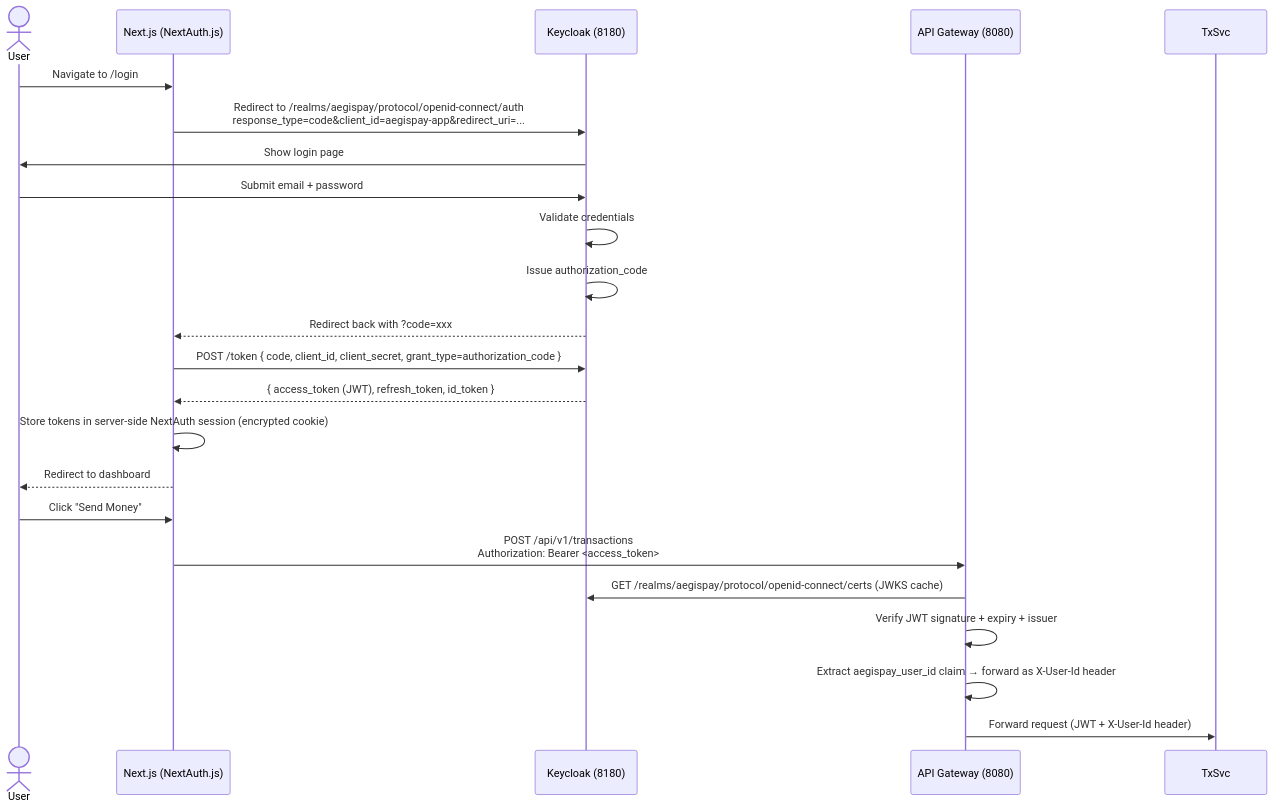
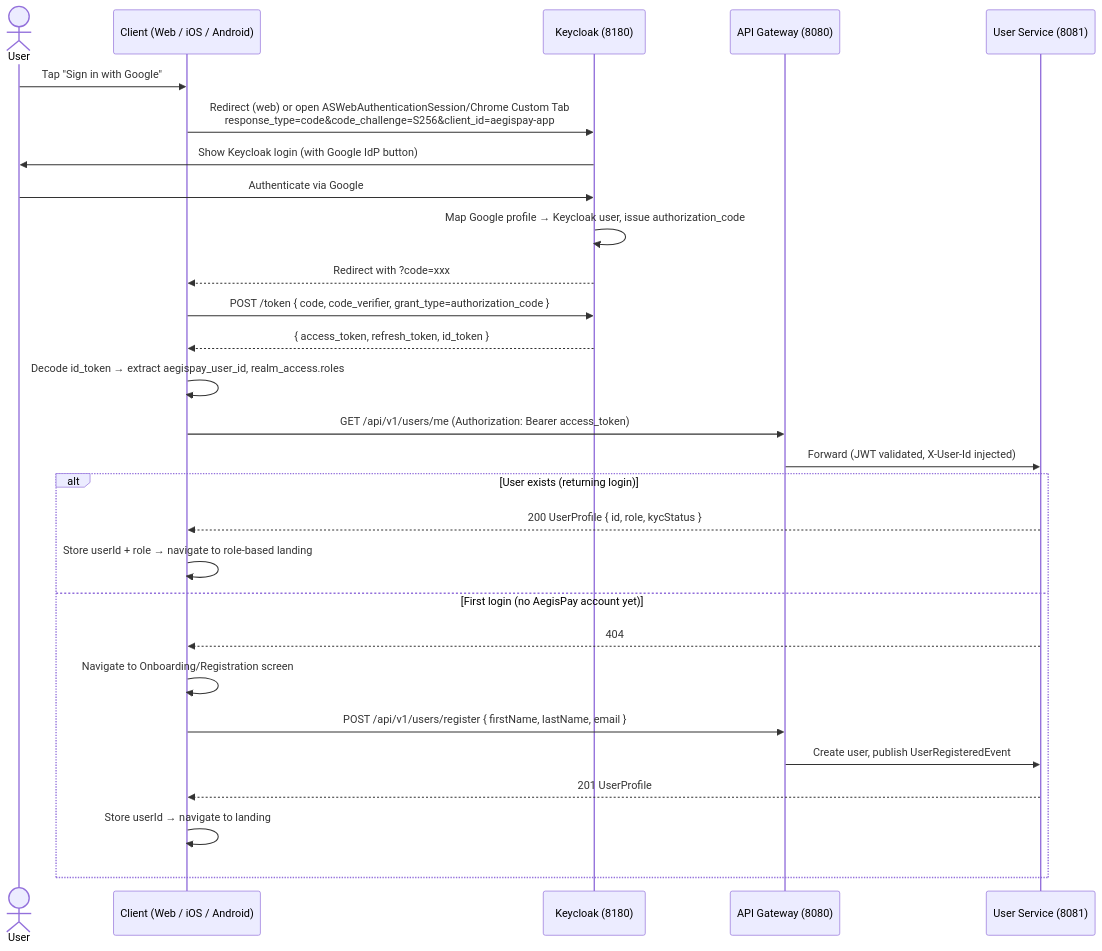
One commit to shreyasshelar/AegisPay changed the diagram in docs/flows/auth-flow.md. Above: the diagram before and after it, drawn with Mermaid. The commit also changed other lines of this file and 77 other files, not shown here.

Commit message:
fix(web): ui admin page issue resolved

````diff
--- a/docs/flows/auth-flow.md
+++ b/docs/flows/auth-flow.md
@@ -18,31 +20,34 @@
 ```mermaid
 sequenceDiagram
     actor User
-    participant Web as Next.js (NextAuth.js)
+    participant Client as Client (Web / iOS / Android)
     participant KC as Keycloak (8180)
     participant GW as API Gateway (8080)
+    participant US as User Service (8081)
 
-    User->>Web: Navigate to /login
-    Web->>KC: Redirect to /realms/aegispay/protocol/openid-connect/auth<br/>response_type=code&client_id=aegispay-app&redirect_uri=...
-    KC->>User: Show login page
-    User->>KC: Submit email + password
+    User->>Client: Tap "Sign in with Google"
+    Client->>KC: Redirect (web) or open ASWebAuthenticationSession/Chrome Custom Tab<br/>response_type=code&code_challenge=S256&client_id=aegispay-app
+    KC->>User: Show Keycloak login (with Google IdP button)
+    User->>KC: Authenticate via Google
+    KC->>KC: Map Google profile → Keycloak user, issue authorization_code
+    KC-->>Client: Redirect with ?code=xxx
 
-    KC->>KC: Validate credentials
-    KC->>KC: Issue authorization_code
+    Client->>KC: POST /token { code, code_verifier, grant_type=authorization_code }
+    KC-->>Client: { access_token, refresh_token, id_token }
 
-    KC-->>Web: Redirect back with ?code=xxx
-    Web->>KC: POST /token { code, client_id, client_secret, grant_type=authorization_code }
-    KC-->>Web: { access_token (JWT), refresh_token, id_token }
+    Client->>Client: Decode id_token → extract aegispay_user_id, realm_access.roles
+    Client->>GW: GET /api/v1/users/me (Authorization: Bearer access_token)
+    GW->>US: Forward (JWT validated, X-User-Id injected)
 
-    Web->>Web: Store tokens in server-side NextAuth session (encrypted cookie)
-    Web-->>User: Redirect to dashboard
-
-    User->>Web: Click "Send Money"
-    Web->>GW: POST /api/v1/transactions<br/>Authorization: Bearer <access_token>
-
-    GW->>KC: GET /realms/aegispay/protocol/openid-connect/certs (JWKS cache)
-    GW->>GW: Verify JWT signature + expiry + issuer
-    GW->>GW: Extract aegispay_user_id claim → forward as X-User-Id header
-
-    GW->>TxSvc: Forward request (JWT + X-User-Id header)
+    alt User exists (returning login)
+        US-->>Client: 200 UserProfile { id, role, kycStatus }
+        Client->>Client: Store userId + role → navigate to role-based landing
+    else First login (no AegisPay account yet)
+        US-->>Client: 404
+        Client->>Client: Navigate to Onboarding/Registration screen
+        Client->>GW: POST /api/v1/users/register { firstName, lastName, email }
+        GW->>US: Create user, publish UserRegisteredEvent
+        US-->>Client: 201 UserProfile
+        Client->>Client: Store userId → navigate to landing
+    end
 ```
````
